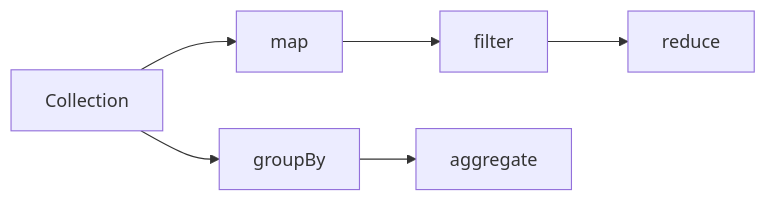
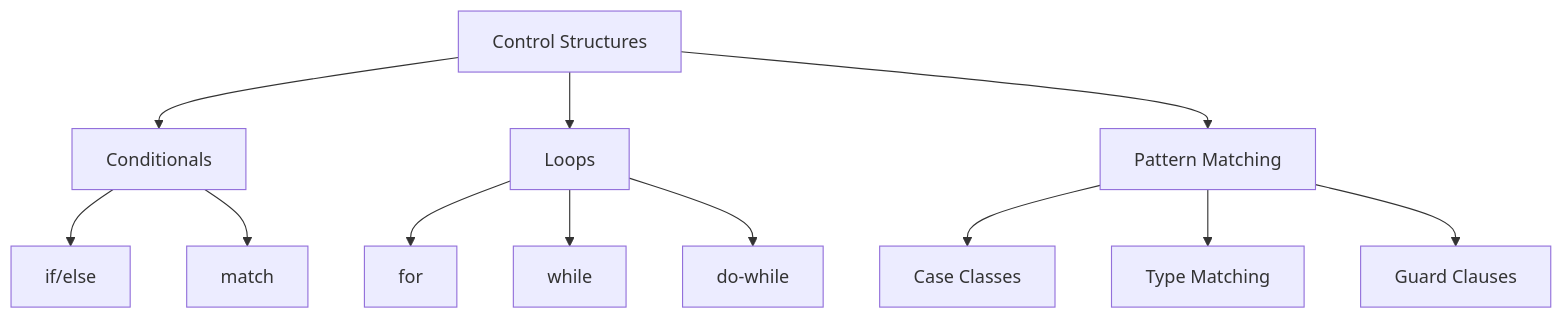
One commit to veltzer/teaching-slides changed the diagram in mermaid/marp/courses/apache-spark-with-scala/00_scala_refresher.md/4.mmd. Above: the diagram before and after it, drawn with Mermaid. The commit also changed 18 other files, not shown here.

```diff
--- a/mermaid/marp/courses/apache-spark-with-scala/00_scala_refresher.md/4.mmd
+++ b/mermaid/marp/courses/apache-spark-with-scala/00_scala_refresher.md/4.mmd
@@ -1,6 +1,12 @@
-graph LR
-    A[Collection] --> B[map]
-    B --> C[filter]
-    C --> D[reduce]
-    A --> E[groupBy]
-    E --> F[aggregate]
+flowchart TD
+    A[Control Structures] --> B[Conditionals]
+    A --> C[Loops]
+    A --> D[Pattern Matching]
+    B --> E[if/else]
+    B --> F[match]
+    C --> G[for]
+    C --> H[while]
+    C --> I[do-while]
+    D --> J[Case Classes]
+    D --> K[Type Matching]
+    D --> L[Guard Clauses]
```
